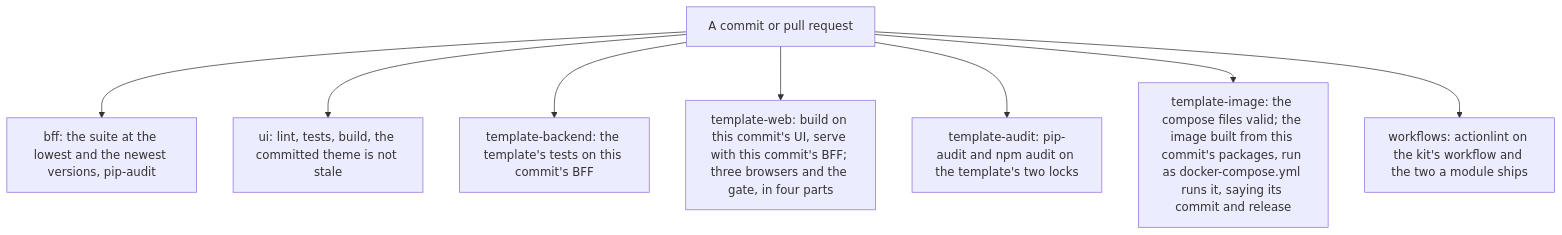
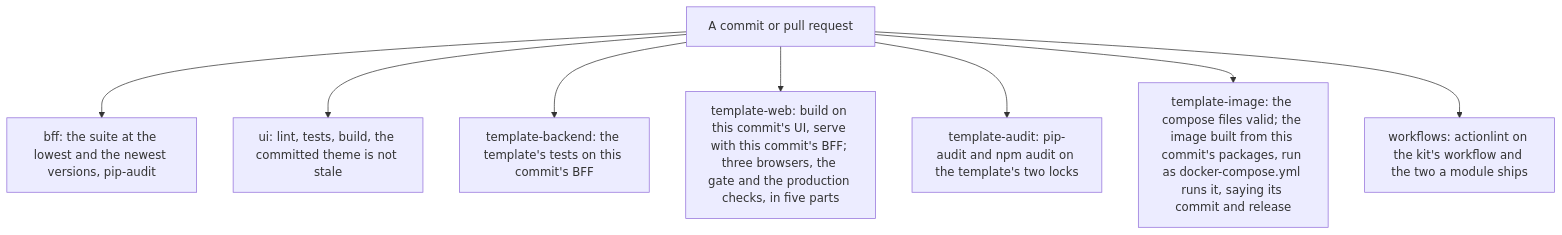
Before and after one commit to eneo-ai/eneo-module-kit: diagram 14 of 14 in docs/architecture.md, drawn with Mermaid. The commit also changed 13 other files, not shown here.

First line of the commit message:
test(template): production checks of what the backend sends with the built UI

````diff
--- a/docs/architecture.md
+++ b/docs/architecture.md
@@ -361,10 +361,10 @@
 ```mermaid
 flowchart TB
   commit["A commit or pull request"] --> bff["bff: the suite at the lowest and the newest versions, pip-audit"]
   commit --> ui["ui: lint, tests, build, the committed theme is not stale"]
   commit --> tb["template-backend: the template's tests on this commit's BFF"]
-  commit --> tw["template-web: build on this commit's UI, serve with this commit's BFF; three browsers and the gate, in four parts"]
+  commit --> tw["template-web: build on this commit's UI, serve with this commit's BFF; three browsers, the gate and the production checks, in five parts"]
   commit --> ta["template-audit: pip-audit and npm audit on the template's two locks"]
   commit --> ti["template-image: the compose files valid; the image built from this commit's packages, run as docker-compose.yml runs it, saying its commit and release"]
   commit --> wf["workflows: actionlint on the kit's workflow and the two a module ships"]
 ```
````
